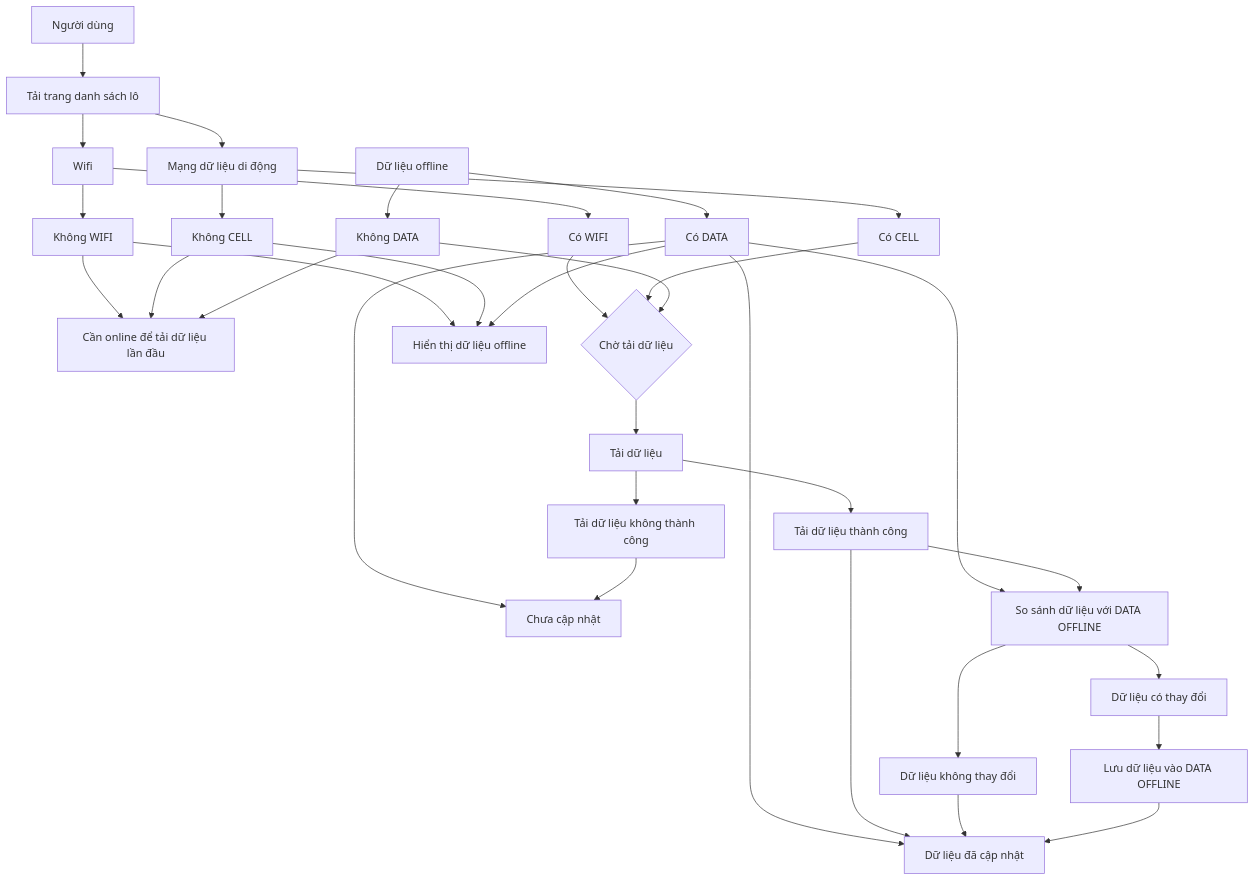
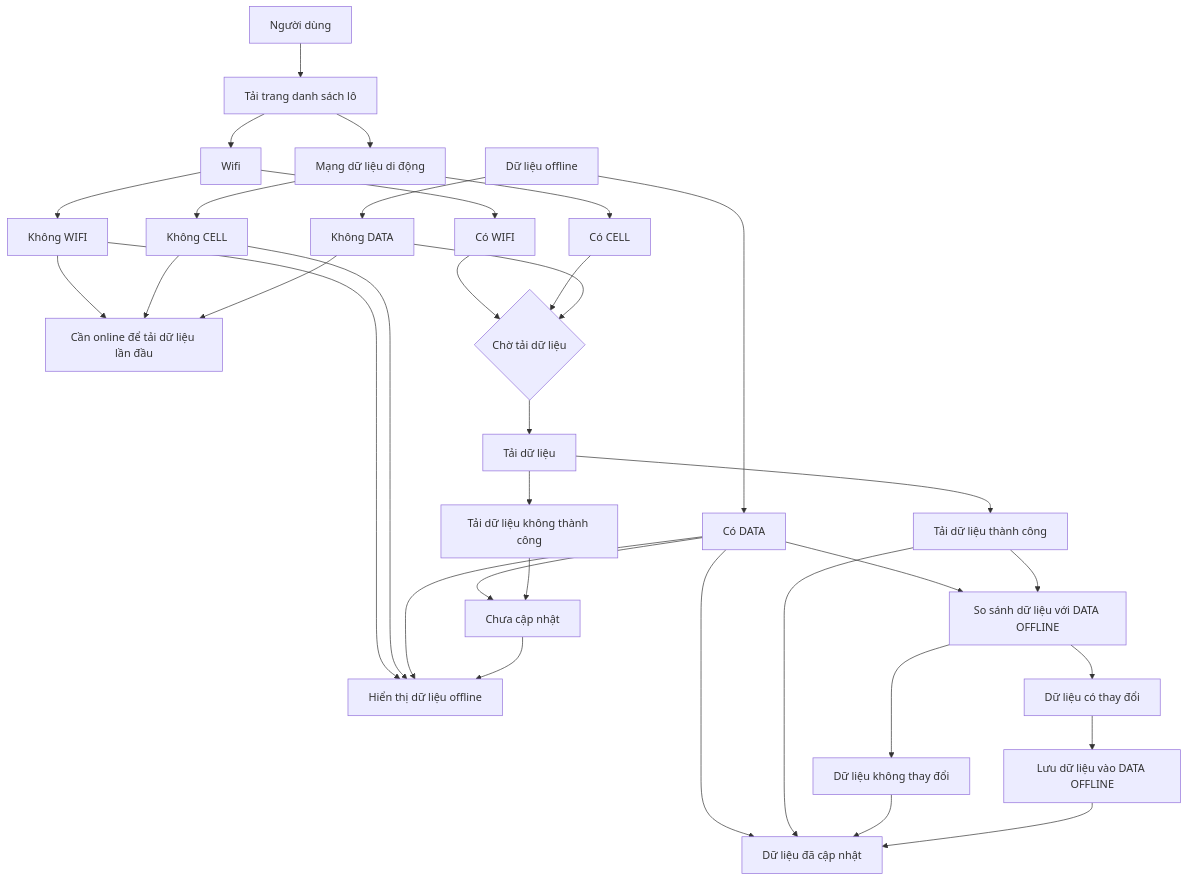
One commit to trethanhphat/tre-thanh-phat-pwa-docs changed the diagram in docs/batches-flow.md. Above: the diagram before and after it, drawn with Mermaid.

````diff
--- a/docs/batches-flow.md
+++ b/docs/batches-flow.md
@@ -1,82 +1,83 @@
 ```mermaid
 flowchart TD
 USER["Người dùng"]
 LOAD["Tải trang danh sách lô"]
 USER --> LOAD
 LOAD --> WIFI
 LOAD --> CELL
 
 
 CELL["Mạng dữ liệu di động"]
 
 CELL --> CELL-Y["Có CELL"]
 CELL --> CELL-N["Không CELL"]
 
 WIFI["Wifi"]
 
 WIFI --> WIFI-Y["Có WIFI"]
 WIFI --> WIFI-N["Không WIFI"]
 
 DATA["Dữ liệu offline"]
 
 DATA --> DATA-Y["Có DATA"]
 DATA --> DATA-N["Không DATA"]
 
 
 
 EMPTY["Cần online để tải dữ liệu lần đầu"]
 
 WIFI-N --> EMPTY
 CELL-N --> EMPTY
 DATA-N --> EMPTY
 
 WAIT{"Chờ tải dữ liệu"}
 
 WIFI-Y --> WAIT
 CELL-Y --> WAIT
 DATA-N --> WAIT
 
 
 
 OFFLINE["Hiển thị dữ liệu offline"]
 
 WIFI-N --> OFFLINE
 CELL-N --> OFFLINE
 DATA-Y --> OFFLINE
 
 FETCH["Tải dữ liệu"]
 
 WAIT --> FETCH
 
 
 FETCH-Y["Tải dữ liệu thành công"]
 FETCH-N["Tải dữ liệu không thành công"]
 
 FETCH --> FETCH-Y
 FETCH --> FETCH-N
 
 SUCCESS["Dữ liệu đã cập nhật"]
 
 DATA-Y --> SUCCESS
 FETCH-Y --> SUCCESS
 
 FAIL["Chưa cập nhật"]
 DATA-Y --> FAIL
 FETCH-N --> FAIL
+FAIL --> OFFLINE
 
 COMPARE["So sánh dữ liệu với DATA OFFLINE"]
 
 DATA-Y --> COMPARE
 FETCH-Y --> COMPARE
 
 COMPARE --> COMPARE-Y["Dữ liệu có thay đổi"]
 COMPARE --> COMPARE-N["Dữ liệu không thay đổi"]
 
 COMPARE-N --> SUCCESS
 
 SAVE["Lưu dữ liệu vào DATA OFFLINE"]
 
 COMPARE-Y --> SAVE
 SAVE --> SUCCESS
 
 ```
````
